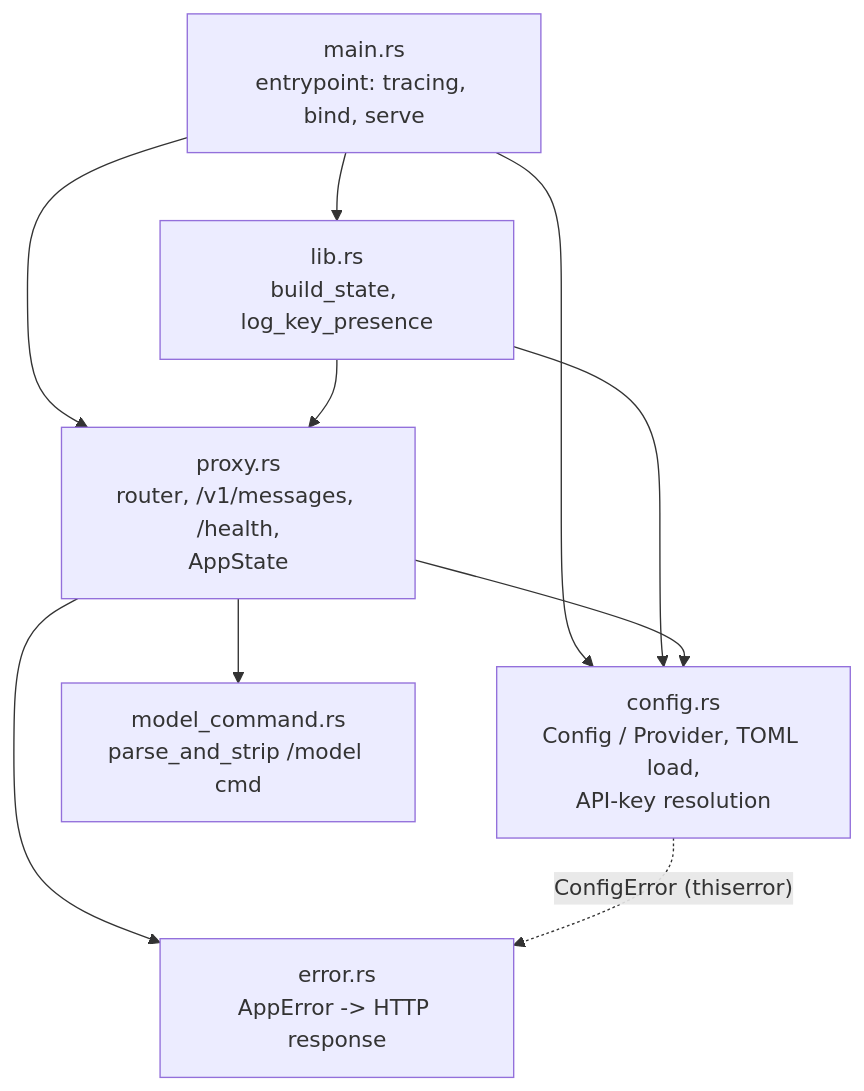
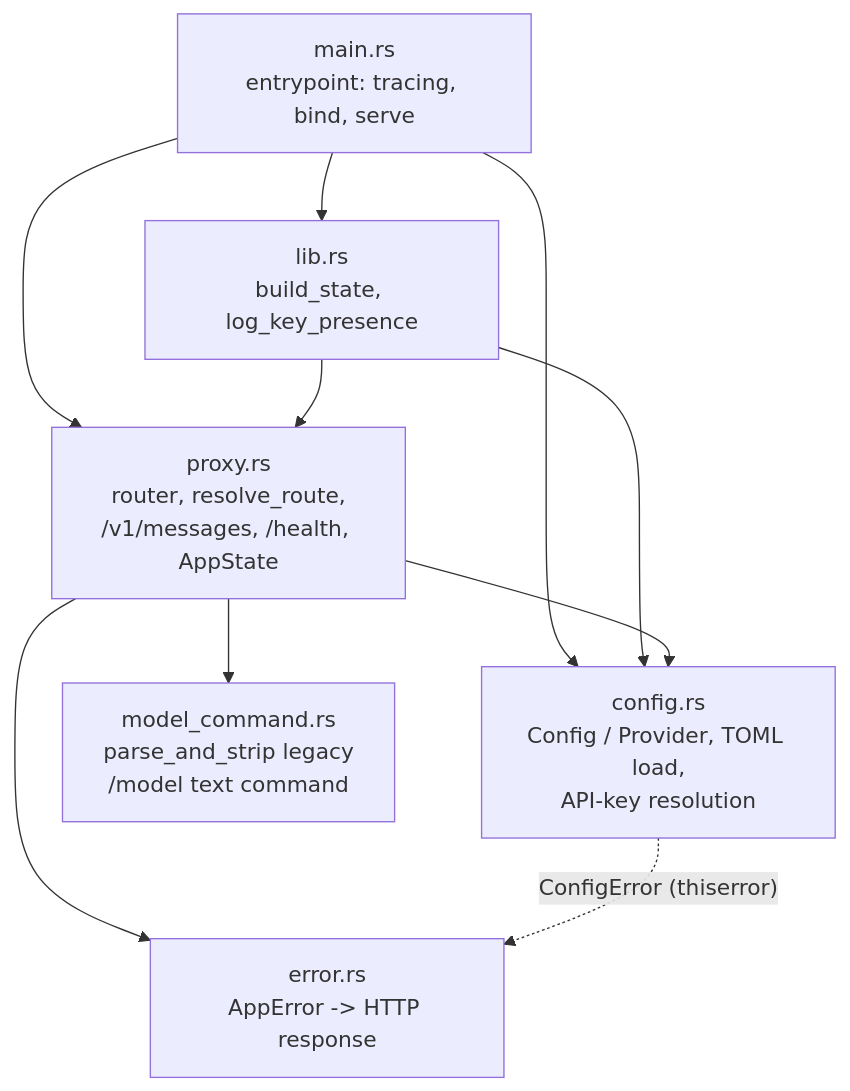
The second of 8 diagrams in docs/ARCHITECTURE.md (cyb5r67/Claude-Code-Multi-Provider-in-Rust), drawn with Mermaid before and after one commit. The commit also changed other lines of this file and 2 other files, not shown here.

First line of the commit message:
Update docs for model-field routing; add user guide

````diff
--- a/docs/ARCHITECTURE.md
+++ b/docs/ARCHITECTURE.md
@@ -46,19 +46,19 @@
 ```mermaid
 flowchart TD
     main["main.rs<br/>entrypoint: tracing, bind, serve"]
     lib["lib.rs<br/>build_state, log_key_presence"]
     config["config.rs<br/>Config / Provider, TOML load,<br/>API-key resolution"]
-    proxy["proxy.rs<br/>router, /v1/messages, /health,<br/>AppState"]
-    model["model_command.rs<br/>parse_and_strip /model cmd"]
+    proxy["proxy.rs<br/>router, resolve_route,<br/>/v1/messages, /health, AppState"]
+    model["model_command.rs<br/>parse_and_strip legacy<br/>/model text command"]
     error["error.rs<br/>AppError -> HTTP response"]
 
     main --> lib
     main --> config
     main --> proxy
     lib --> config
     lib --> proxy
     proxy --> config
     proxy --> model
     proxy --> error
     config -. "ConfigError (thiserror)" .-> error
 ```
````
